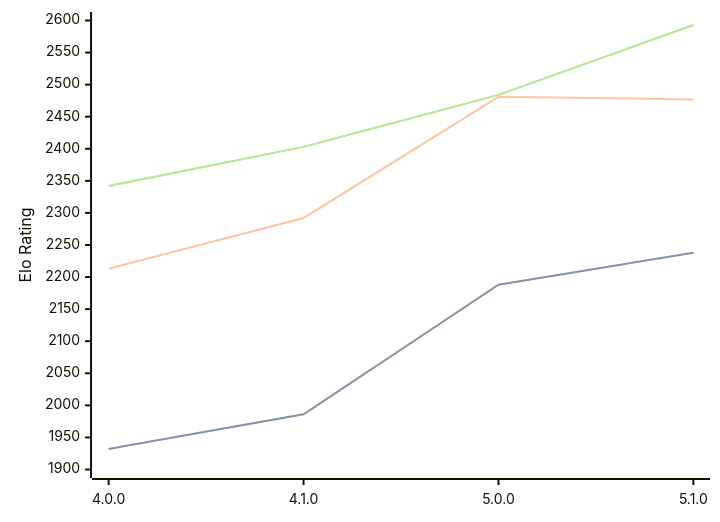
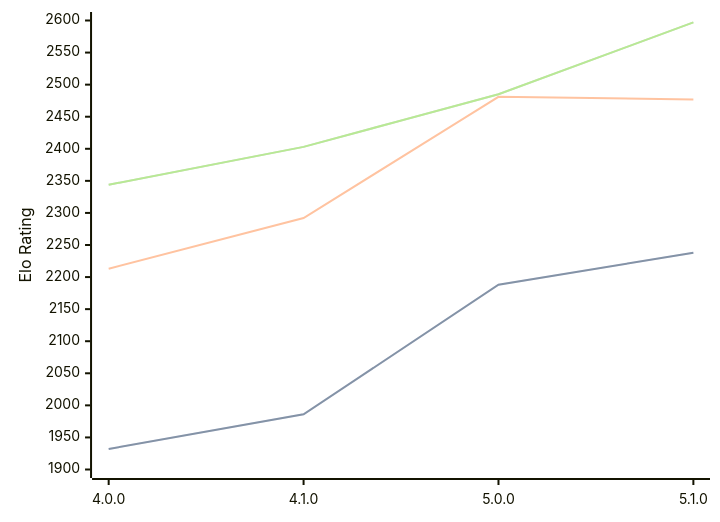
One commit to computer-chess-index/cci changed the diagram in engines/Aconcagua.md. Above: the diagram before and after it, drawn with Mermaid. The commit also changed other lines of this file, not shown here.

Commit message:
Update CCI Ratings (ELO VLTC) - 2026-03-21

````diff
--- a/engines/Aconcagua.md
+++ b/engines/Aconcagua.md
@@ -43,11 +43,11 @@
 ```mermaid
 %%{init: {"theme":"base","themeVariables":{"seriesColors:['#a3a3a3','#222221','#faa371']}}}%%
 xychart-beta
   x-axis ["4.0.0", "4.1.0", "5.0.0", "5.1.0"]
   y-axis "Elo Rating" 1900 --> 2600
   line "STC (8.0+0.08s)" [1932, 1986, 2188, 2238]
   line "STC (8.0+0.08s)" [1932, 1986, 2188, 2238]
   line "LTC (60.0+0.60s)" [2213, 2292, 2481, 2477]
-  line "VLTC (2m24s+1.12s)" [2342, 2403, 2484, 2593]
-  line "VLTC (2m24s+1.12s)" [2342, 2403, 2484, 2593]
+  line "VLTC (2m24s+1.12s)" [2344, 2403, 2485, 2597]
+  line "VLTC (2m24s+1.12s)" [2344, 2403, 2485, 2597]
 ```
````
